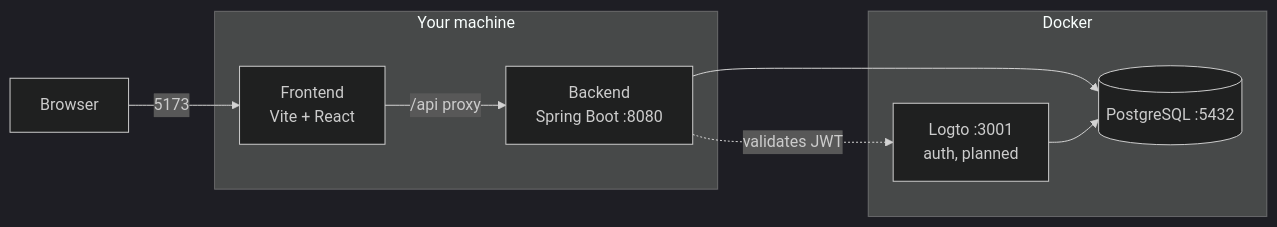
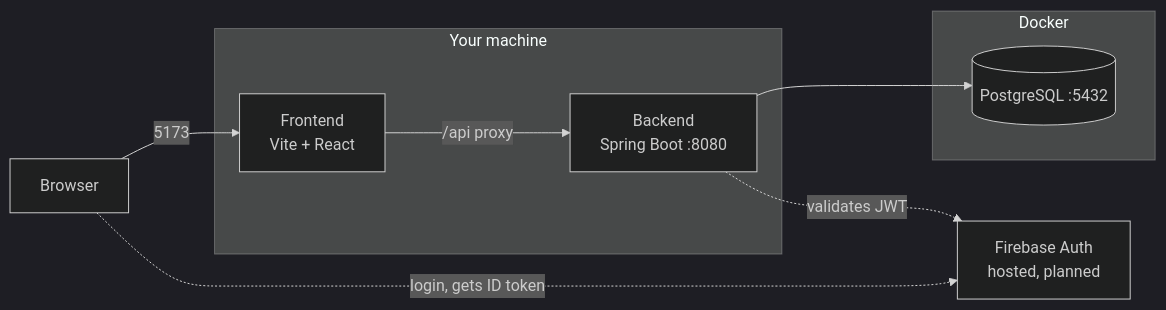
Before and after one commit to Kerolly/software_engineering_II: the diagram in README.md, drawn with Mermaid (dark theme). The commit also changed other lines of this file and 10 other files, not shown here.

````diff
--- a/README.md
+++ b/README.md
@@ -123,17 +121,17 @@
 ```mermaid
 flowchart LR
     B[Browser] -->|5173| F[Frontend<br/>Vite + React]
     F -->|/api proxy| A[Backend<br/>Spring Boot :8080]
     A --> P[(PostgreSQL :5432)]
-    L[Logto :3001<br/>auth, planned] --> P
-    A -.->|validates JWT| L
+    FB[Firebase Auth<br/>hosted, planned]
+    B -.->|login, gets ID token| FB
+    A -.->|validates JWT| FB
 
     subgraph host["Your machine"]
       F
       A
     end
     subgraph docker["Docker"]
       P
-      L
     end
 ```
````
